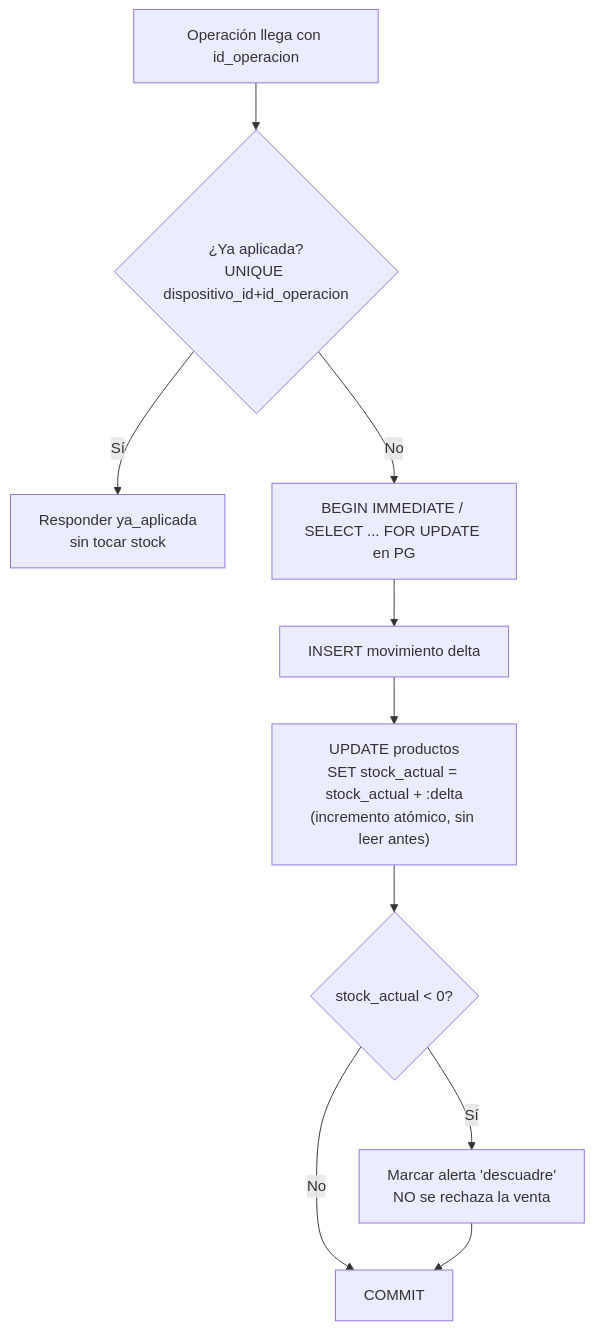
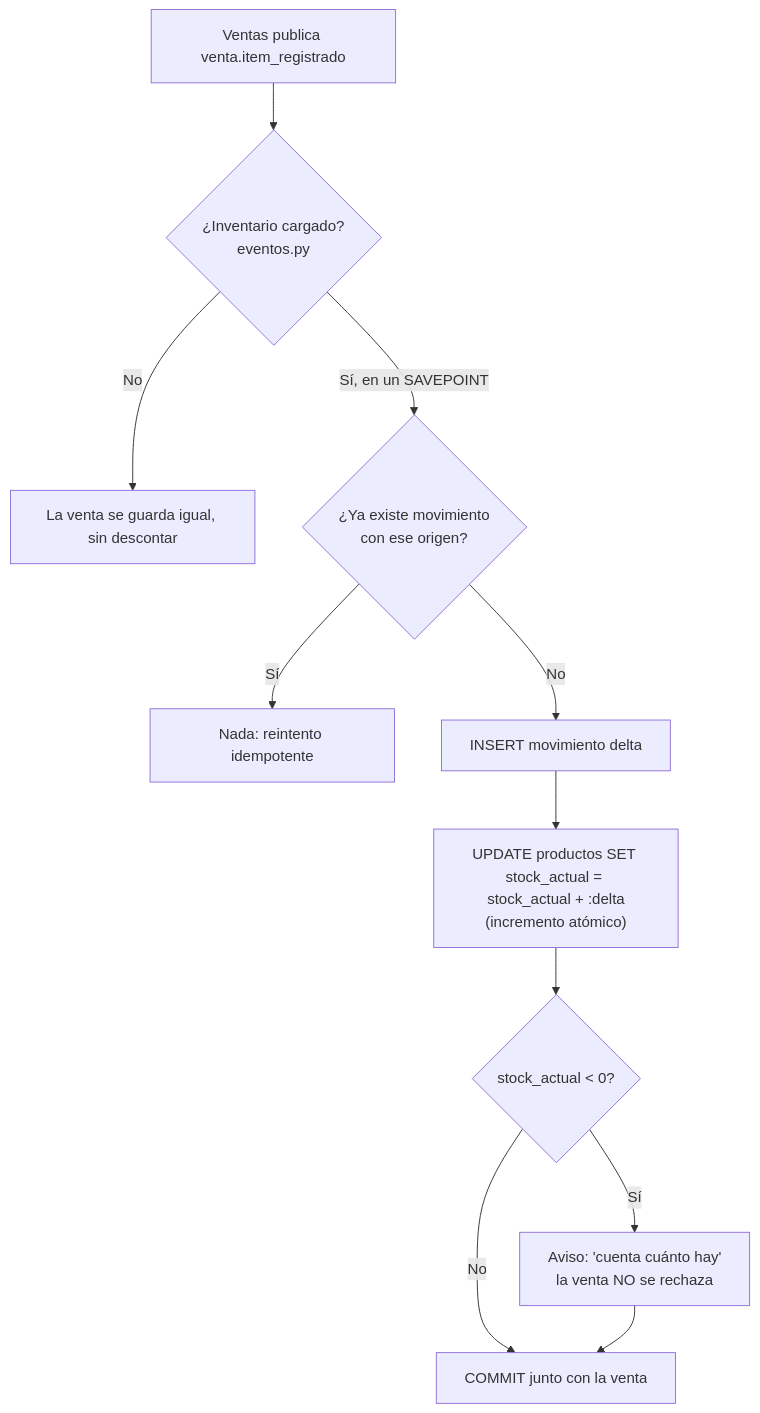
One commit to JoseFM2808/Mi-puestito changed the third of 5 diagrams in .ai-context/01-logica-sistema.md. Above: the diagram before and after it, drawn with Mermaid. The commit also changed other lines of this file and 45 other files, not shown here.

````diff
--- a/.ai-context/01-logica-sistema.md
+++ b/.ai-context/01-logica-sistema.md
@@ -72,12 +89,13 @@
 ```mermaid
 flowchart TD
-    A[Operación llega con id_operacion] --> B{¿Ya aplicada?<br/>UNIQUE dispositivo_id+id_operacion}
-    B -- Sí --> Z[Responder ya_aplicada<br/>sin tocar stock]
-    B -- No --> C[BEGIN IMMEDIATE / SELECT ... FOR UPDATE en PG]
-    C --> D[INSERT movimiento delta]
-    D --> E["UPDATE productos<br/>SET stock_actual = stock_actual + :delta<br/>(incremento atómico, sin leer antes)"]
-    E --> F{stock_actual &lt; 0?}
-    F -- Sí --> G[Marcar alerta 'descuadre'<br/>NO se rechaza la venta]
-    F -- No --> H[COMMIT]
+    A[Ventas publica venta.item_registrado] --> B{¿Inventario cargado?<br/>eventos.py}
+    B -- No --> Z[La venta se guarda igual, sin descontar]
+    B -- Sí, en un SAVEPOINT --> C{¿Ya existe movimiento<br/>con ese origen?}
+    C -- Sí --> Y[Nada: reintento idempotente]
+    C -- No --> D[INSERT movimiento delta]
+    D --> E["UPDATE productos SET stock_actual = stock_actual + :delta<br/>(incremento atómico)"]
+    E --> F{stock_actual < 0?}
+    F -- Sí --> G[Aviso: 'cuenta cuánto hay'<br/>la venta NO se rechaza]
+    F -- No --> H[COMMIT junto con la venta]
     G --> H
 ```
````
